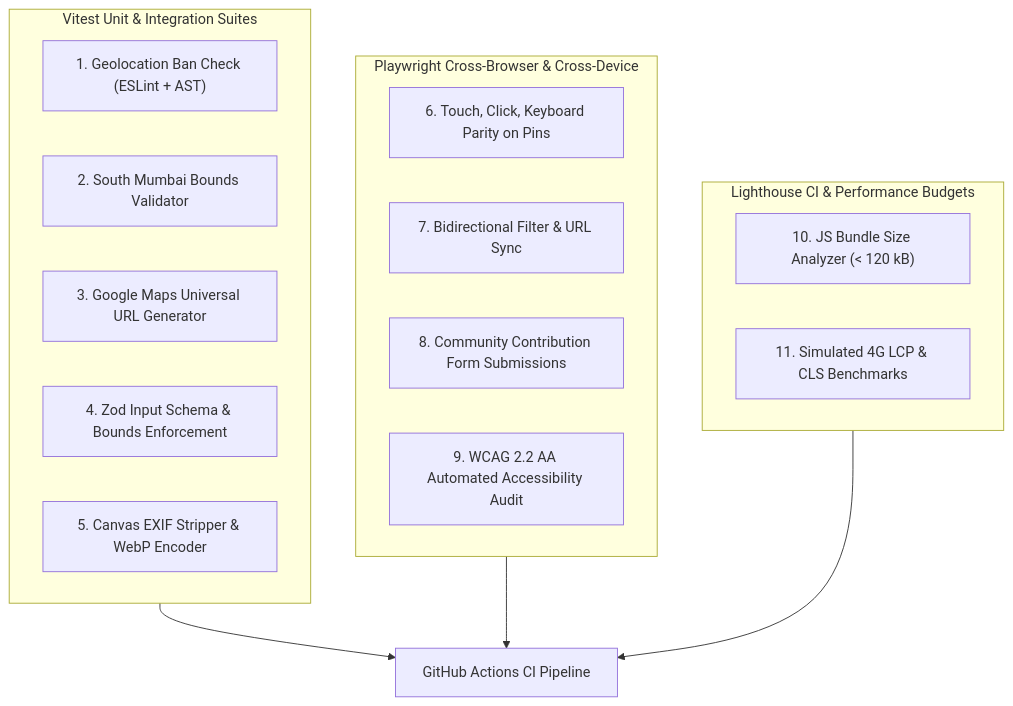
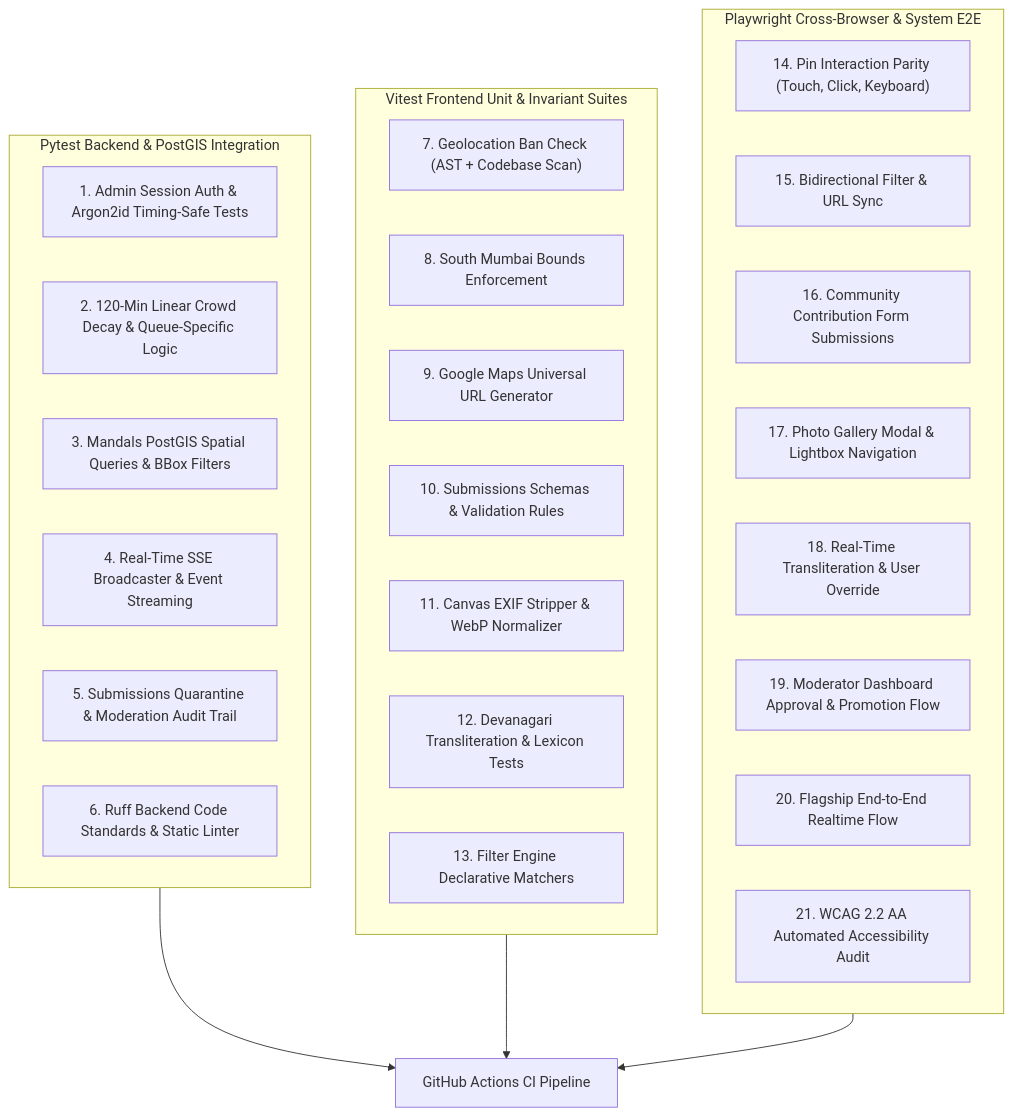
One commit to veeradeshmukh/bappamap-mumbai changed the diagram in docs/10-testing-and-qa.md. Above: the diagram before and after it, drawn with Mermaid. The commit also changed other lines of this file and 13 other files, not shown here.

Commit message:
docs: update README, architecture specifications, and author IEEE technical report

````diff
--- a/docs/10-testing-and-qa.md
+++ b/docs/10-testing-and-qa.md
@@ -25,26 +25,36 @@
 ```mermaid
 flowchart TD
-    subgraph UnitTests["Vitest Unit & Integration Suites"]
-        GeoTests["1. Geolocation Ban Check (ESLint + AST)"]
-        BoundsTests["2. South Mumbai Bounds Validator"]
-        GUrlTests["3. Google Maps Universal URL Generator"]
-        ZodTests["4. Zod Input Schema & Bounds Enforcement"]
-        CanvasTests["5. Canvas EXIF Stripper & WebP Encoder"]
+    subgraph BackendTests["Pytest Backend & PostGIS Integration"]
+        PytestAuth["1. Admin Session Auth & Argon2id Timing-Safe Tests"]
+        PytestDecay["2. 120-Min Linear Crowd Decay & Queue-Specific Logic"]
+        PytestMandals["3. Mandals PostGIS Spatial Queries & BBox Filters"]
+        PytestSSE["4. Real-Time SSE Broadcaster & Event Streaming"]
+        PytestModeration["5. Submissions Quarantine & Moderation Audit Trail"]
+        RuffLint["6. Ruff Backend Code Standards & Static Linter"]
     end
 
-    subgraph E2ETests["Playwright Cross-Browser & Cross-Device"]
-        TouchParity["6. Touch, Click, Keyboard Parity on Pins"]
-        FilterSync["7. Bidirectional Filter & URL Sync"]
-        ModalFlow["8. Community Contribution Form Submissions"]
-        AxeAudit["9. WCAG 2.2 AA Automated Accessibility Audit"]
+    subgraph UnitTests["Vitest Frontend Unit & Invariant Suites"]
+        GeoTests["7. Geolocation Ban Check (AST + Codebase Scan)"]
+        BoundsTests["8. South Mumbai Bounds Enforcement"]
+        GUrlTests["9. Google Maps Universal URL Generator"]
+        ZodTests["10. Submissions Schemas & Validation Rules"]
+        CanvasTests["11. Canvas EXIF Stripper & WebP Normalizer"]
+        TranslitTests["12. Devanagari Transliteration & Lexicon Tests"]
+        FilterEngineTests["13. Filter Engine Declarative Matchers"]
     end
 
-    subgraph PerfCI["Lighthouse CI & Performance Budgets"]
-        BundleCheck["10. JS Bundle Size Analyzer (< 120 kB)"]
-        LcpCheck["11. Simulated 4G LCP & CLS Benchmarks"]
+    subgraph E2ETests["Playwright Cross-Browser & System E2E"]
+        ParityE2E["14. Pin Interaction Parity (Touch, Click, Keyboard)"]
+        FilterE2E["15. Bidirectional Filter & URL Sync"]
+        SubmissionsE2E["16. Community Contribution Form Submissions"]
+        GalleryE2E["17. Photo Gallery Modal & Lightbox Navigation"]
+        TranslitE2E["18. Real-Time Transliteration & User Override"]
+        AdminE2E["19. Moderator Dashboard Approval & Promotion Flow"]
+        FlagshipE2E["20. Flagship End-to-End Realtime Flow"]
+        AxeAudit["21. WCAG 2.2 AA Automated Accessibility Audit"]
     end
 
-    UnitTests --> CI_Gate["GitHub Actions CI Pipeline"]
+    BackendTests --> CI_Gate["GitHub Actions CI Pipeline"]
+    UnitTests --> CI_Gate
     E2ETests --> CI_Gate
-    PerfCI --> CI_Gate
 ```
````
